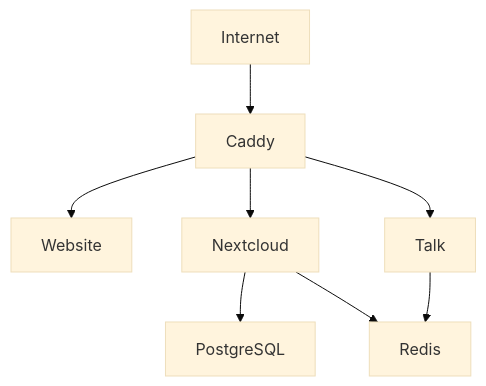
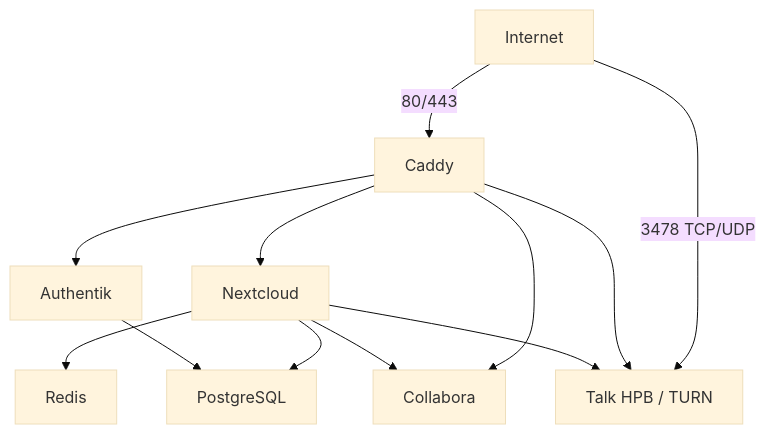
Before and after one commit to zircula-ev/infrastructure: the diagram in docs/03-architecture.md, drawn with Mermaid (base theme). The commit also changed other lines of this file and 14 other files, not shown here.

````diff
--- a/docs/03-architecture.md
+++ b/docs/03-architecture.md
@@ -3,15 +5,16 @@
 ```mermaid
-graph TD
+flowchart TD
+    Internet -->|80/443| Caddy
+    Internet -->|3478 TCP/UDP| TalkHPB[Talk HPB / TURN]
 
-Internet --> Caddy
+    Caddy --> Nextcloud
+    Caddy --> Collabora
+    Caddy --> Authentik
+    Caddy --> TalkHPB
 
-Caddy --> Website
-Caddy --> Nextcloud
-Caddy --> Talk
-
-Nextcloud --> PostgreSQL
-Nextcloud --> Redis
-
-Talk --> Redis
-
+    Nextcloud --> PostgreSQL
+    Nextcloud --> Redis
+    Nextcloud --> Collabora
+    Nextcloud --> TalkHPB
+    Authentik --> PostgreSQL
 ```
````
